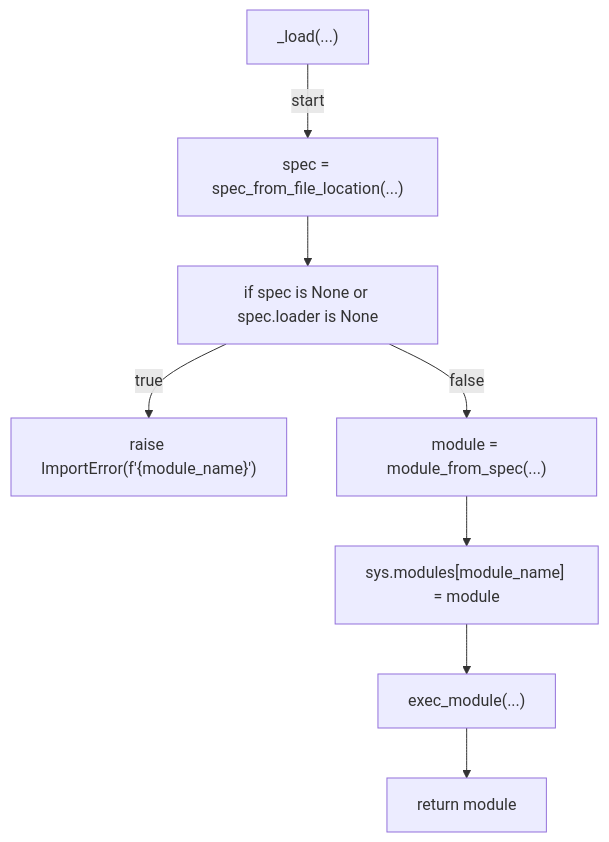
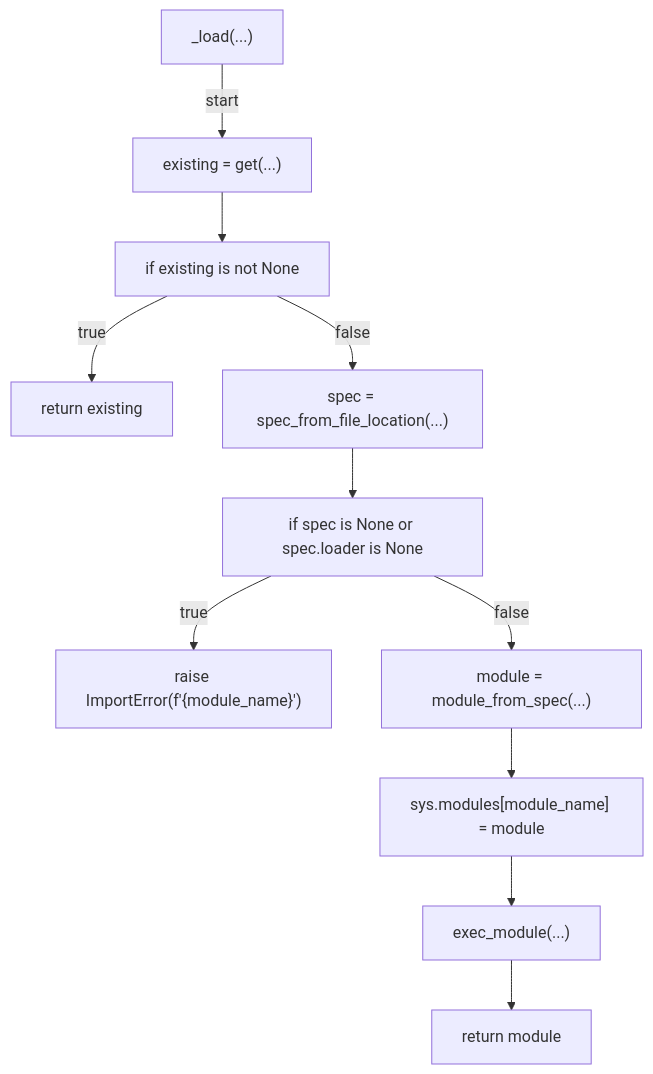
Before and after one commit to tvna/claude-md: the first of 7 diagrams in docs/generated/scripts/ast/flake_pin_latest.md, drawn with Mermaid. The commit also changed 15 other files, not shown here.

First line of the commit message:
docs(generated): regenerate decision tree and workflow diagrams

````diff
--- a/docs/generated/scripts/ast/flake_pin_latest.md
+++ b/docs/generated/scripts/ast/flake_pin_latest.md
@@ -7,18 +7,24 @@
 ```mermaid
 flowchart TD
     N001["_load(...)"]
-    N002["spec = spec_from_file_location(...)"]
-    N003["if spec is None or spec.loader is None"]
-    N004["raise ImportError(f'<str>{module_name}<str>')"]
-    N005["module = module_from_spec(...)"]
-    N006["sys.modules[module_name] = module"]
-    N007["exec_module(...)"]
-    N008["return module"]
+    N002["existing = get(...)"]
+    N003["if existing is not None"]
+    N004["return existing"]
+    N005["spec = spec_from_file_location(...)"]
+    N006["if spec is None or spec.loader is None"]
+    N007["raise ImportError(f'<str>{module_name}<str>')"]
+    N008["module = module_from_spec(...)"]
+    N009["sys.modules[module_name] = module"]
+    N010["exec_module(...)"]
+    N011["return module"]
     N001 -->|"start"| N002
     N002 --> N003
     N003 -->|"true"| N004
     N003 -->|"false"| N005
     N005 --> N006
-    N006 --> N007
-    N007 --> N008
+    N006 -->|"true"| N007
+    N006 -->|"false"| N008
+    N008 --> N009
+    N009 --> N010
+    N010 --> N011
 ```
````
